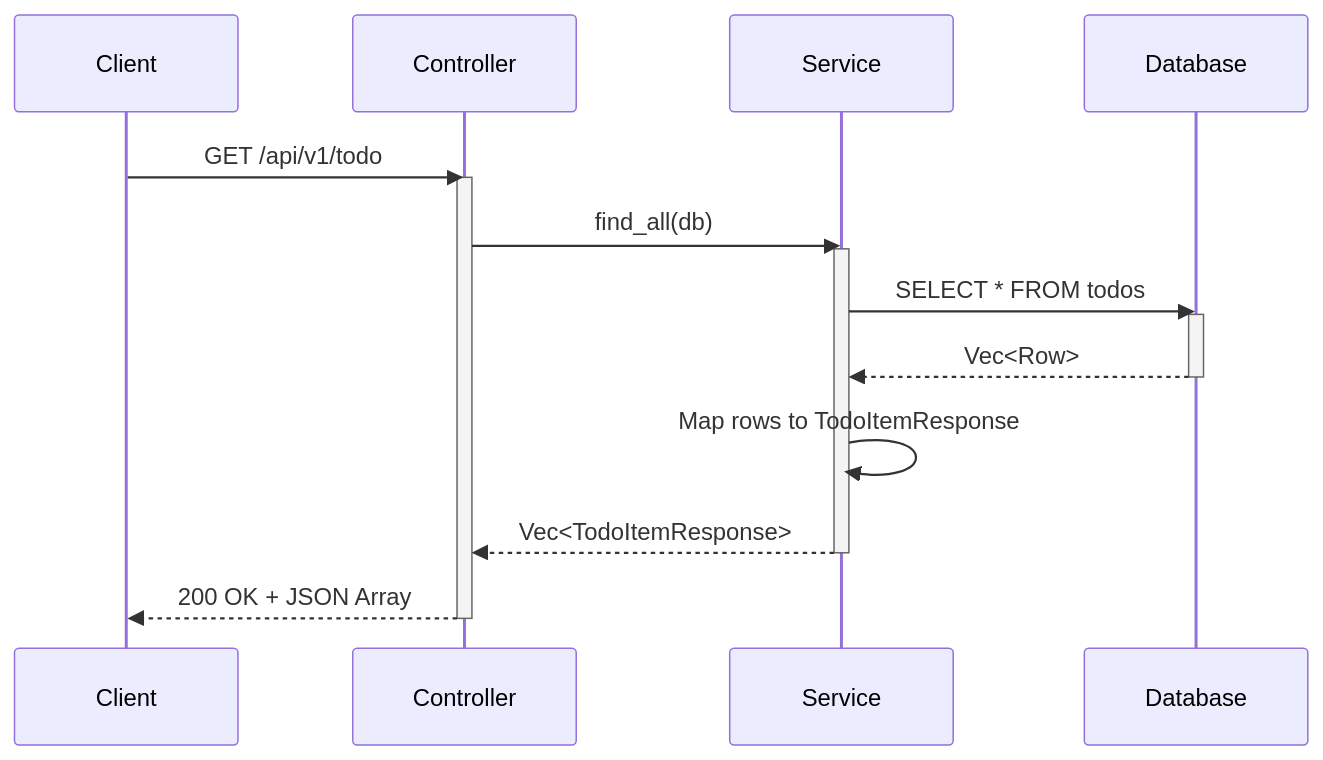
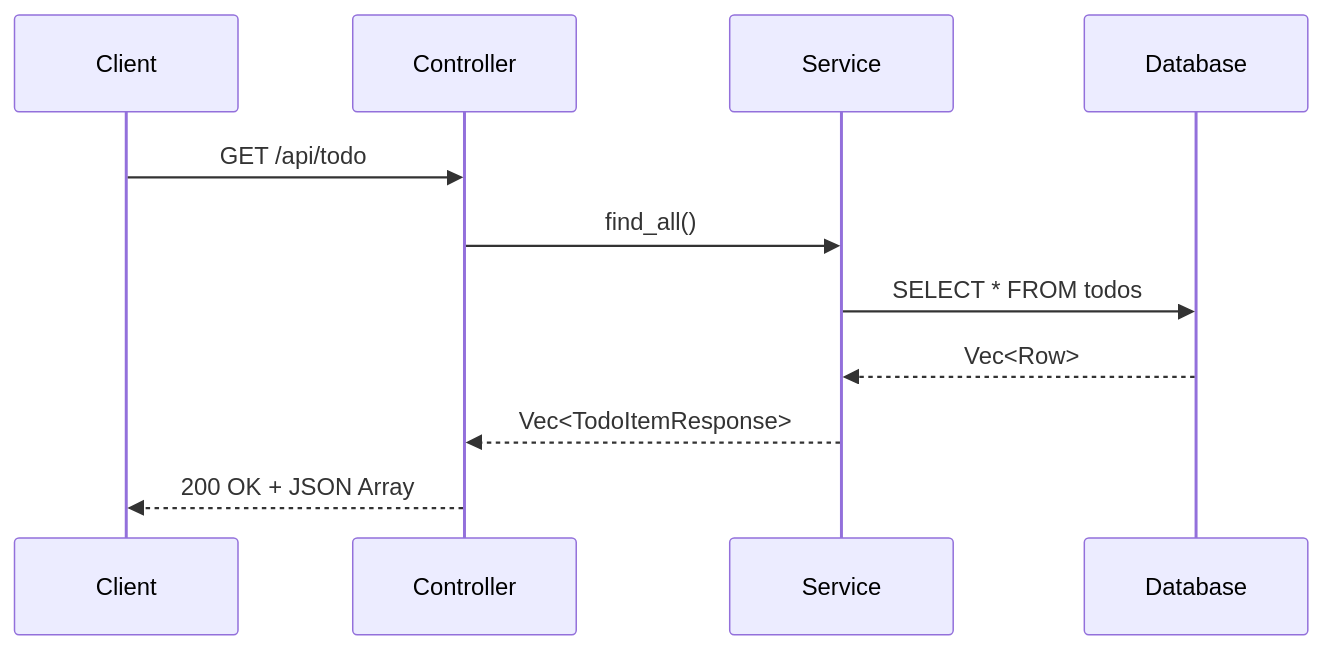
The second of 2 diagrams in todolist-sqlite/README.md (wlopezob/portfolio-rust), drawn with Mermaid before and after one commit. The commit also changed other lines of this file and 1 other file, not shown here.

````diff
--- a/todolist-sqlite/README.md
+++ b/todolist-sqlite/README.md
@@ -374,25 +220,14 @@
 ```mermaid
 sequenceDiagram
     participant Client
     participant Controller
     participant Service
     participant Database
 
-    Client->>Controller: GET /api/v1/todo
-    activate Controller
-    
-    Controller->>Service: find_all(db)
-    activate Service
-    
+    Client->>Controller: GET /api/todo
+    Controller->>Service: find_all()
     Service->>Database: SELECT * FROM todos
-    activate Database
     Database-->>Service: Vec<Row>
-    deactivate Database
-    
-    Service->>Service: Map rows to TodoItemResponse
     Service-->>Controller: Vec<TodoItemResponse>
-    deactivate Service
-    
     Controller-->>Client: 200 OK + JSON Array
-    deactivate Controller
 ```
````
